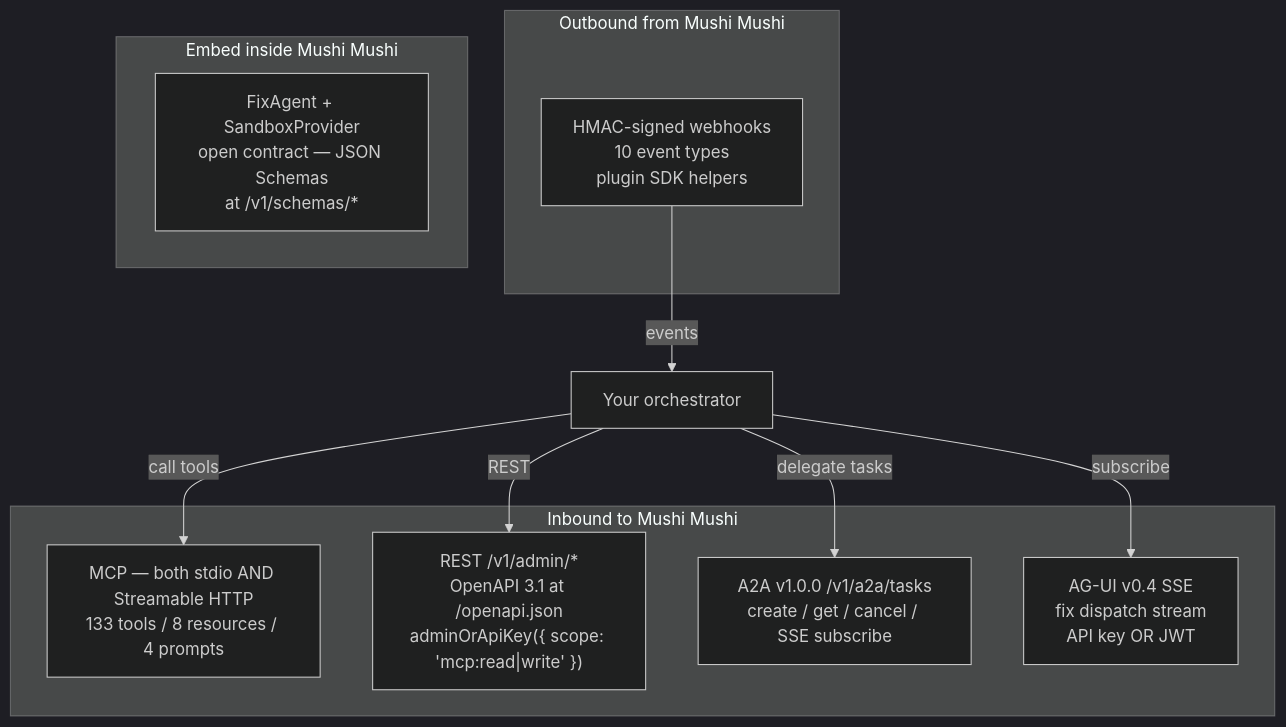
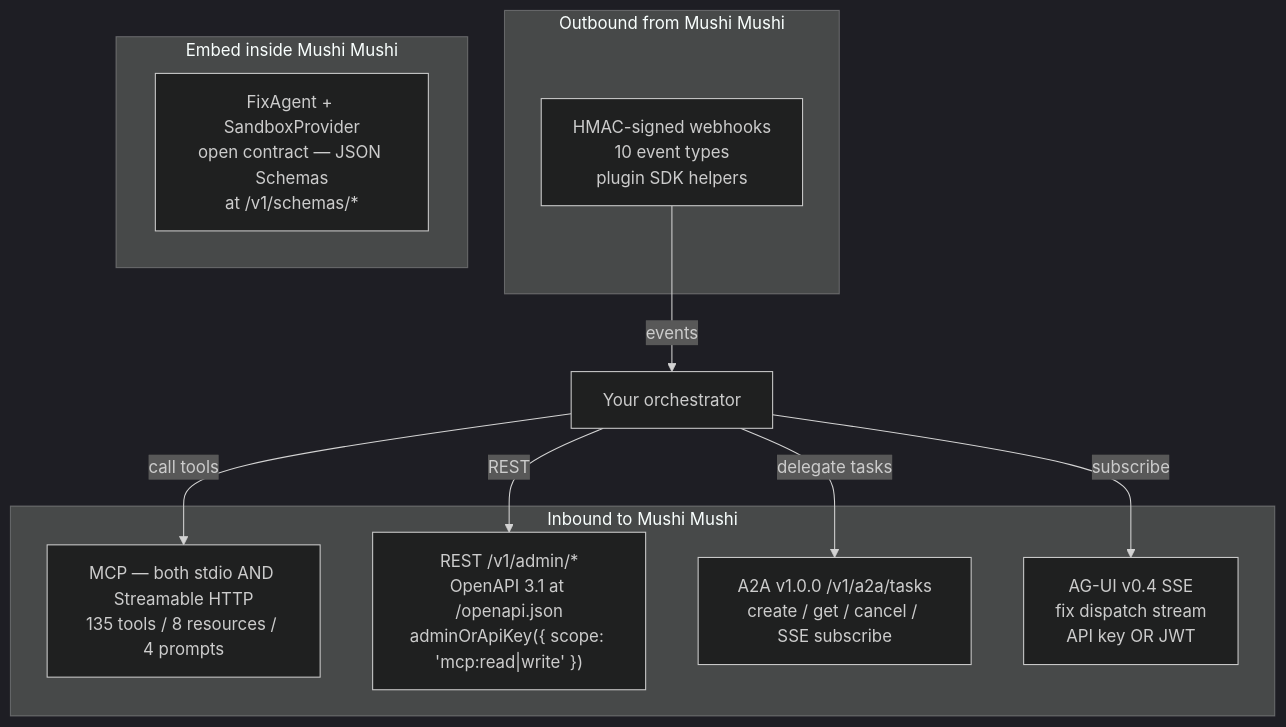
Before and after one commit to kensaurus/mushi-mushi: the diagram in apps/docs/content/concepts/orchestrator-interop.mdx, drawn with Mermaid (dark theme). The commit also changed other lines of this file and 98 other files, not shown here.

````diff
--- a/apps/docs/content/concepts/orchestrator-interop.mdx
+++ b/apps/docs/content/concepts/orchestrator-interop.mdx
@@ -32,20 +32,20 @@
 ```mermaid
 flowchart TB
   subgraph Inbound["Inbound to Mushi Mushi"]
-    MCP["MCP — both stdio AND Streamable HTTP<br/>133 tools / 8 resources / 4 prompts"]
+    MCP["MCP — both stdio AND Streamable HTTP<br/>135 tools / 8 resources / 4 prompts"]
     REST["REST /v1/admin/*<br/>OpenAPI 3.1 at /openapi.json<br/>adminOrApiKey({ scope: 'mcp:read|write' })"]
     A2A["A2A v1.0.0 /v1/a2a/tasks<br/>create / get / cancel / SSE subscribe"]
     AGUI["AG-UI v0.4 SSE<br/>fix dispatch stream<br/>API key OR JWT"]
   end
   subgraph Outbound["Outbound from Mushi Mushi"]
     Hooks["HMAC-signed webhooks<br/>10 event types<br/>plugin SDK helpers"]
   end
   subgraph Native["Embed inside Mushi Mushi"]
     FA["FixAgent + SandboxProvider<br/>open contract — JSON Schemas<br/>at /v1/schemas/*"]
   end
   Orch["Your orchestrator"] -->|"call tools"| MCP
   Orch -->|"REST"| REST
   Orch -->|"delegate tasks"| A2A
   Orch -->|"subscribe"| AGUI
   Hooks -->|"events"| Orch
 ```
````
